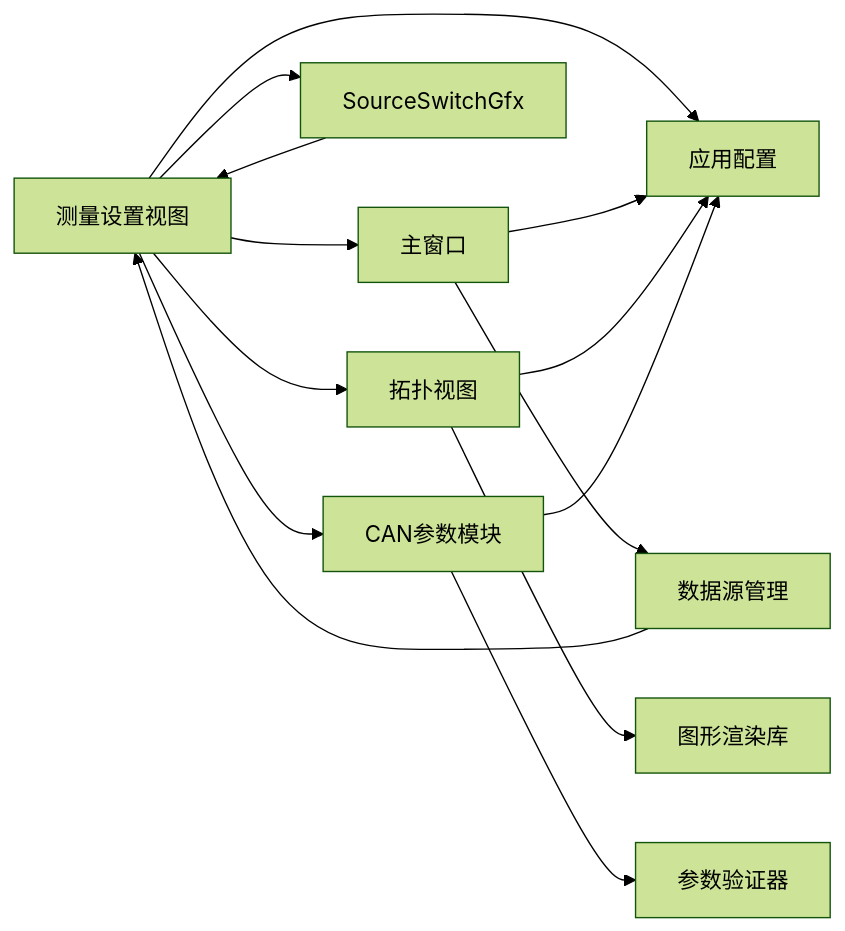
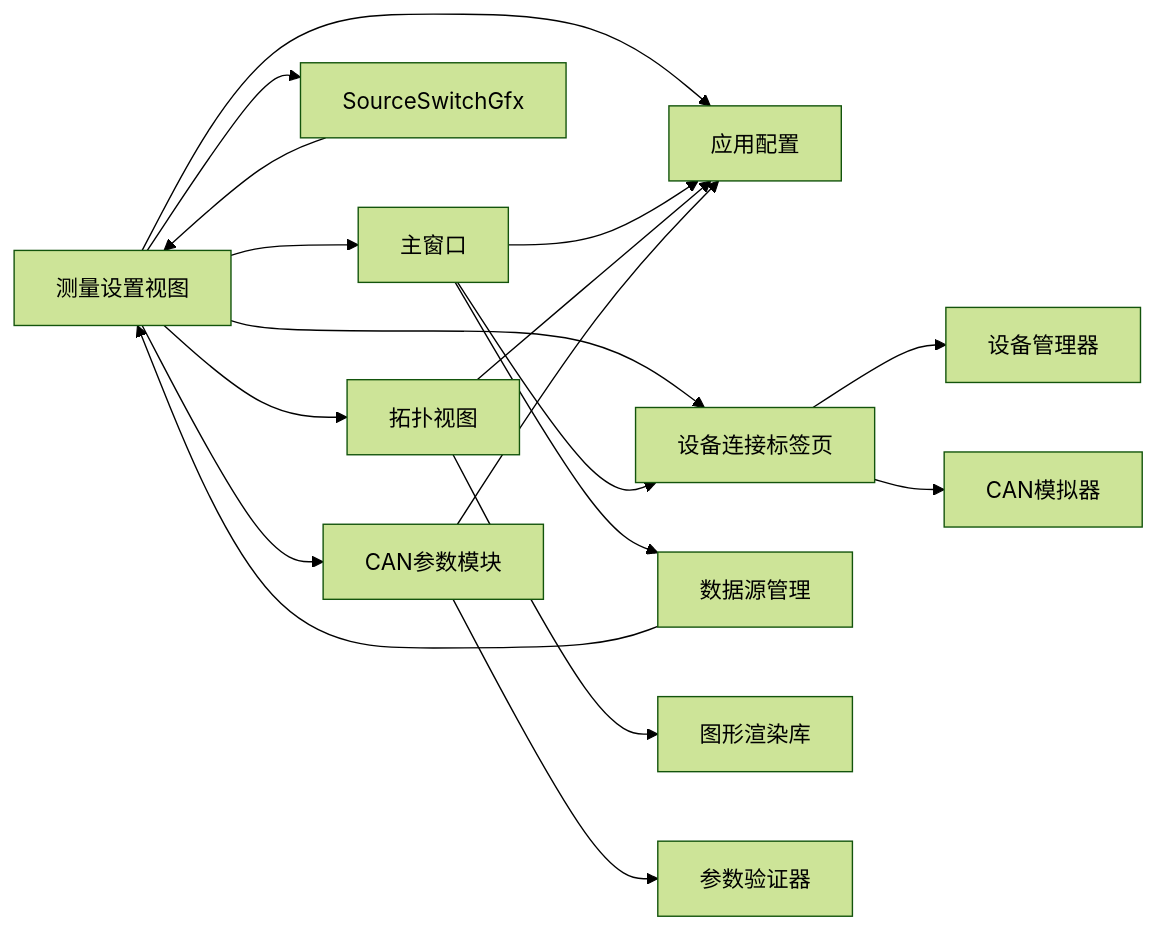
The tenth of 10 diagrams in .qoder/repowiki/zh/content/架构设计/UI系统设计/测量设置视图组件.md (jakecai1225-design/OpenBus), drawn with Mermaid (forest theme) before and after one commit. The commit also changed other lines of this file and 35 other files, not shown here.

````diff
--- a/.qoder/repowiki/zh/content/架构设计/UI系统设计/测量设置视图组件.md
+++ b/.qoder/repowiki/zh/content/架构设计/UI系统设计/测量设置视图组件.md
@@ -468,16 +552,20 @@
 ```mermaid
 graph LR
 MSV["测量设置视图"] --> MW["主窗口"]
 MSV --> AC["应用配置"]
 MSV --> SSG["SourceSwitchGfx"]
 MSV --> TV["拓扑视图"]
 MSV --> CAN["CAN参数模块"]
+MSV --> DCT["设备连接标签页"]
 MW --> AC
 MW --> DS["数据源管理"]
+MW --> DCT
 TV --> AC
 TV --> GL["图形渲染库"]
 SSG --> MSV
 CAN --> AC
 CAN --> VLD["参数验证器"]
 DS --> MSV
+DCT --> DM["设备管理器"]
+DCT --> SIM["CAN模拟器"]
 ```
````
